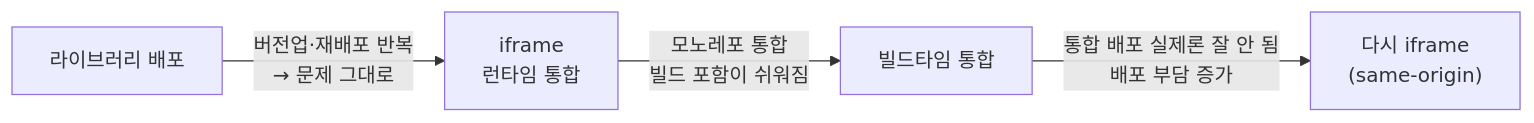
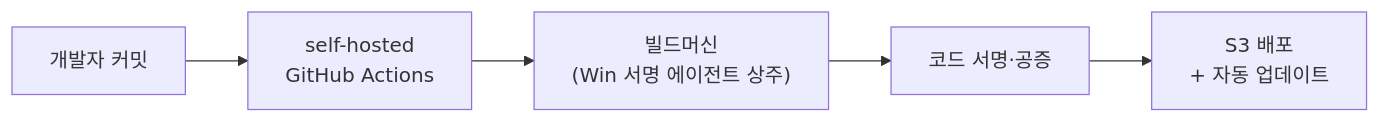
The second of 7 diagrams in portfolio.md (crowwan/resume), drawn with Mermaid before and after one commit. The commit also changed other lines of this file and 2 other files, not shown here.

````diff
--- a/portfolio.md
+++ b/portfolio.md
@@ -74,6 +96,7 @@
 ```mermaid
 flowchart LR
-  A["라이브러리 배포"] -->|"버전업·재배포 반복<br/>→ 문제 그대로"| B["iframe<br/>런타임 통합"]
-  B -->|"모노레포 통합<br/>빌드 포함이 쉬워짐"| C["빌드타임 통합"]
-  C -->|"통합 배포 실제론 잘 안 됨<br/>배포 부담 증가"| D["다시 iframe<br/>(same-origin)"]
+  Dev["개발자 커밋"] --> GHA["self-hosted<br/>GitHub Actions"]
+  GHA --> Build["빌드머신<br/>(Win 서명 에이전트 상주)"]
+  Build --> Sign["코드 서명·공증"]
+  Sign --> S3["S3 배포<br/>+ 자동 업데이트"]
 ```
````
